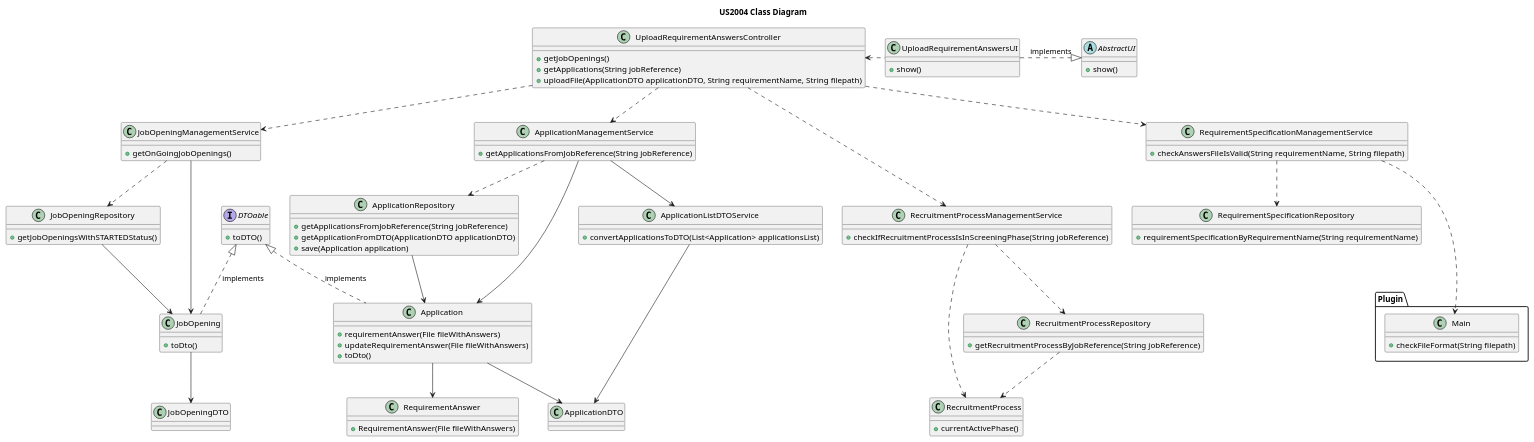
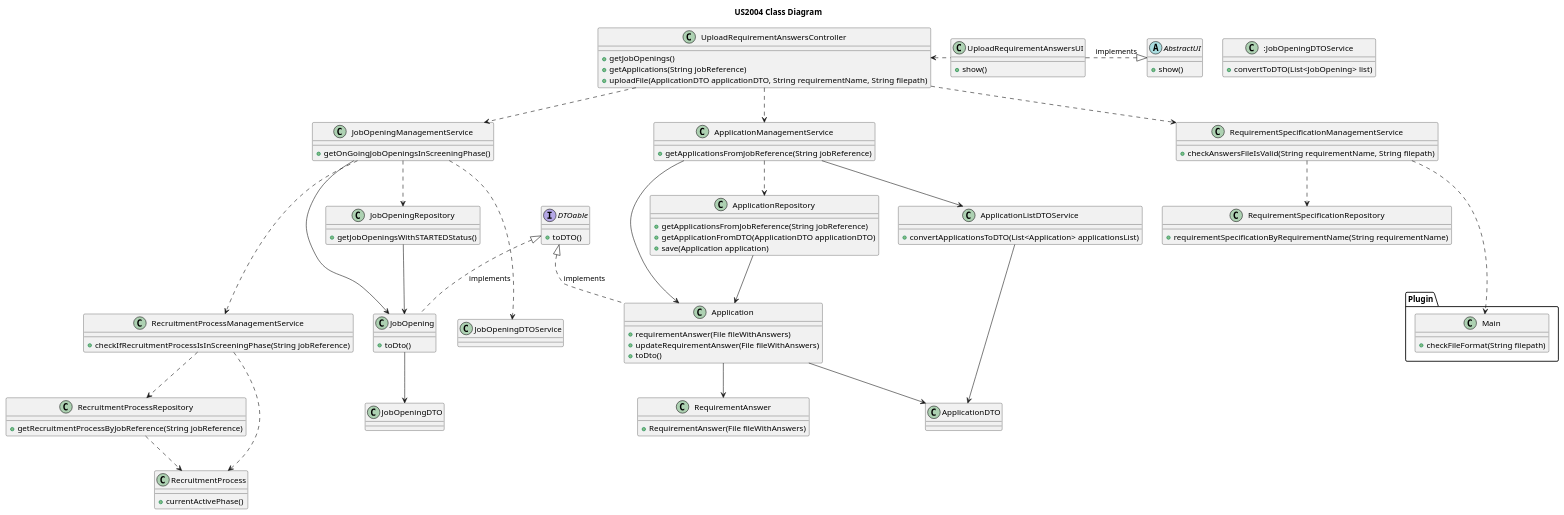
One commit to rita-barbosa/LAPR4-2324 changed the diagram in docs/sprint-c/us_2004/US2004_CD/us2004_cd.puml. Above: the diagram before and after it, drawn with PlantUML. The commit also changed 3 other files, not shown here.

First line of the commit message:
docs: US2004 - design diagrams corrections

```diff
--- a/docs/sprint-c/us_2004/US2004_CD/us2004_cd.puml
+++ b/docs/sprint-c/us_2004/US2004_CD/us2004_cd.puml
@@ -1,127 +1,132 @@
 @startuml
 'https://plantuml.com/class-diagram
 
 title US2004 Class Diagram
 
 abstract class AbstractUI{
 + show()
 }
 
 interface DTOable {
 + toDTO()
 }
 
 class UploadRequirementAnswersUI {
 + show()
 }
 
 class UploadRequirementAnswersController {
 + getJobOpenings()
 + getApplications(String jobReference)
 + uploadFile(ApplicationDTO applicationDTO, String requirementName, String filepath)
 }
 
 class JobOpeningManagementService {
-+ getOnGoingJobOpenings()
++ getOnGoingJobOpeningsInScreeningPhase()
 }
 
 class RecruitmentProcessManagementService {
 + checkIfRecruitmentProcessIsInScreeningPhase(String jobReference)
 }
 
 class RecruitmentProcessRepository {
 + getRecruitmentProcessByJobReference(String jobReference)
 }
 
 class RecruitmentProcess {
 + currentActivePhase()
 }
 
 
 class JobOpening {
 + toDto()
+}
+
+class :JobOpeningDTOService {
++ convertToDTO(List<JobOpening> list)
 }
 
 class JobOpeningDTO {}
 
 class JobOpeningRepository {
 + getJobOpeningsWithSTARTEDStatus()
 }
 
 class ApplicationManagementService {
 + getApplicationsFromJobReference(String jobReference)
 }
 
 class Application {
 + requirementAnswer(File fileWithAnswers)
 + updateRequirementAnswer(File fileWithAnswers)
 + toDto()
 }
 
 class ApplicationDTO {}
 
 class ApplicationListDTOService {
 + convertApplicationsToDTO(List<Application> applicationsList)
 }
 
 class RequirementAnswer {
 + RequirementAnswer(File fileWithAnswers)
 }
 
 class ApplicationRepository {
 + getApplicationsFromJobReference(String jobReference)
 + getApplicationFromDTO(ApplicationDTO applicationDTO)
 + save(Application application)
 }
 
 class RequirementSpecificationManagementService {
 + checkAnswersFileIsValid(String requirementName, String filepath)
 }
 
 class RequirementSpecificationRepository {
 + requirementSpecificationByRequirementName(String requirementName)
 }
 
 package "Plugin" {
     class Main {
     + checkFileFormat(String filepath)
     }
 
 }
 
 
 'ASSOCIATIONS
 AbstractUI <|.left. UploadRequirementAnswersUI : implements
 DTOable <|.. JobOpening : implements
 DTOable <|.. Application : implements
 
 UploadRequirementAnswersUI .left.> UploadRequirementAnswersController
 
 UploadRequirementAnswersController ..> JobOpeningManagementService
 UploadRequirementAnswersController ..> ApplicationManagementService
 UploadRequirementAnswersController ..> RequirementSpecificationManagementService
-UploadRequirementAnswersController ...> RecruitmentProcessManagementService
 
 'SERVICES AND DOMAIN
 JobOpeningManagementService ..> JobOpeningRepository
 JobOpeningManagementService --> JobOpening
 JobOpeningRepository --> JobOpening
 JobOpening --> JobOpeningDTO
+JobOpeningManagementService ...> RecruitmentProcessManagementService
+JobOpeningManagementService ...> JobOpeningDTOService
 
 ApplicationManagementService ..> ApplicationRepository
 ApplicationManagementService --> Application
 ApplicationRepository --> Application
 Application --> RequirementAnswer
 ApplicationManagementService --> ApplicationListDTOService
 ApplicationListDTOService --> ApplicationDTO
 Application --> ApplicationDTO
 
 RecruitmentProcessManagementService ..> RecruitmentProcessRepository
 RecruitmentProcessRepository ..> RecruitmentProcess
 RecruitmentProcessManagementService ..> RecruitmentProcess
 
 RequirementSpecificationManagementService ..> RequirementSpecificationRepository
 RequirementSpecificationManagementService ...> Main
 
 
 @enduml
```
